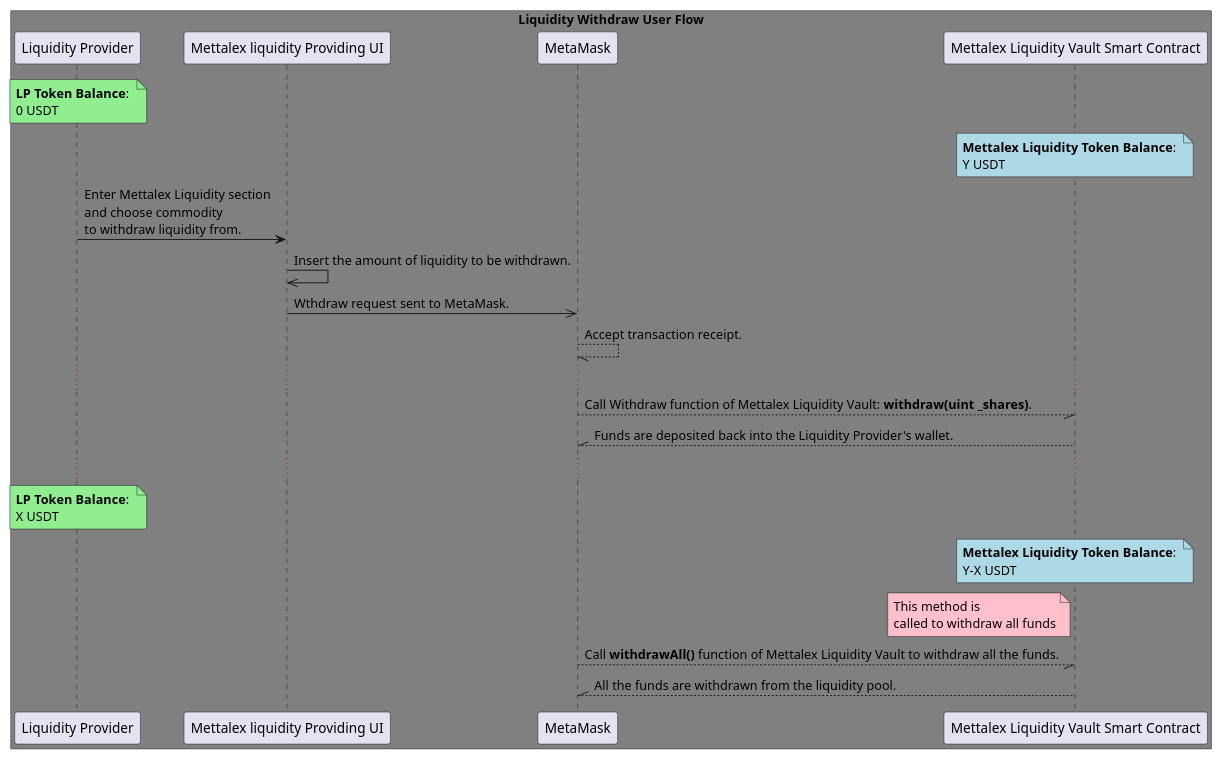
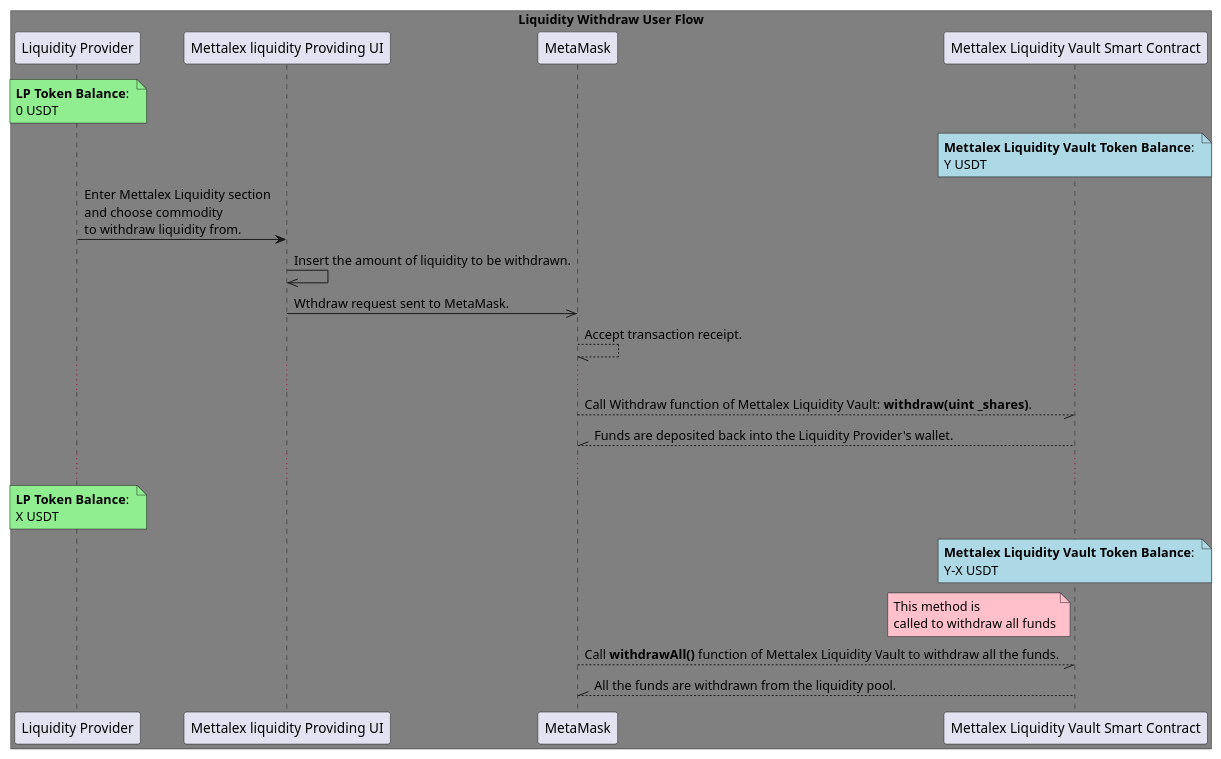
The diagram in PlantUML and png diagrams/Withdraw APIs.puml (fetchai/mettalex-documentation), drawn with PlantUML before and after one commit.

Commit message:
PlantUML Diagrams

```diff
--- a/PlantUML and png diagrams/Withdraw APIs.puml
+++ b/PlantUML and png diagrams/Withdraw APIs.puml
@@ -1,32 +1,32 @@
 @startuml
 
 box "Liquidity Withdraw User Flow" #grey
 participant "Liquidity Provider" as LP
 participant "Mettalex liquidity Providing UI" as LPUI
 participant "MetaMask" as MM
 participant "Mettalex Liquidity Vault Smart Contract" as LVSM
 
 end box
 
 note over LP #lightgreen: **LP Token Balance**: \n0 USDT
-note over LVSM #lightblue: **Mettalex Liquidity Token Balance**: \nY USDT
+note over LVSM #lightblue: **Mettalex Liquidity Vault Token Balance**: \nY USDT
 
 LP -> LPUI: Enter Mettalex Liquidity section\nand choose commodity\nto withdraw liquidity from.
 LPUI ->> LPUI: Insert the amount of liquidity to be withdrawn.
 LPUI ->> MM: Wthdraw request sent to MetaMask.
 MM --// MM: Accept transaction receipt.
 ...
 MM --// LVSM: Call Withdraw function of Mettalex Liquidity Vault: **withdraw(uint _shares)**.
 LVSM --\\ MM: Funds are deposited back into the Liquidity Provider's wallet.
 ...
 
 note over LP #lightgreen: **LP Token Balance**: \nX USDT
-note over LVSM #lightblue: **Mettalex Liquidity Token Balance**: \nY-X USDT
+note over LVSM #lightblue: **Mettalex Liquidity Vault Token Balance**: \nY-X USDT
 
 
 note left of LVSM #pink: This method is\ncalled to withdraw all funds
 MM --// LVSM: Call **withdrawAll()** function of Mettalex Liquidity Vault to withdraw all the funds.
 LVSM --\\ MM: All the funds are withdrawn from the liquidity pool.
 
 
 @enduml
```
